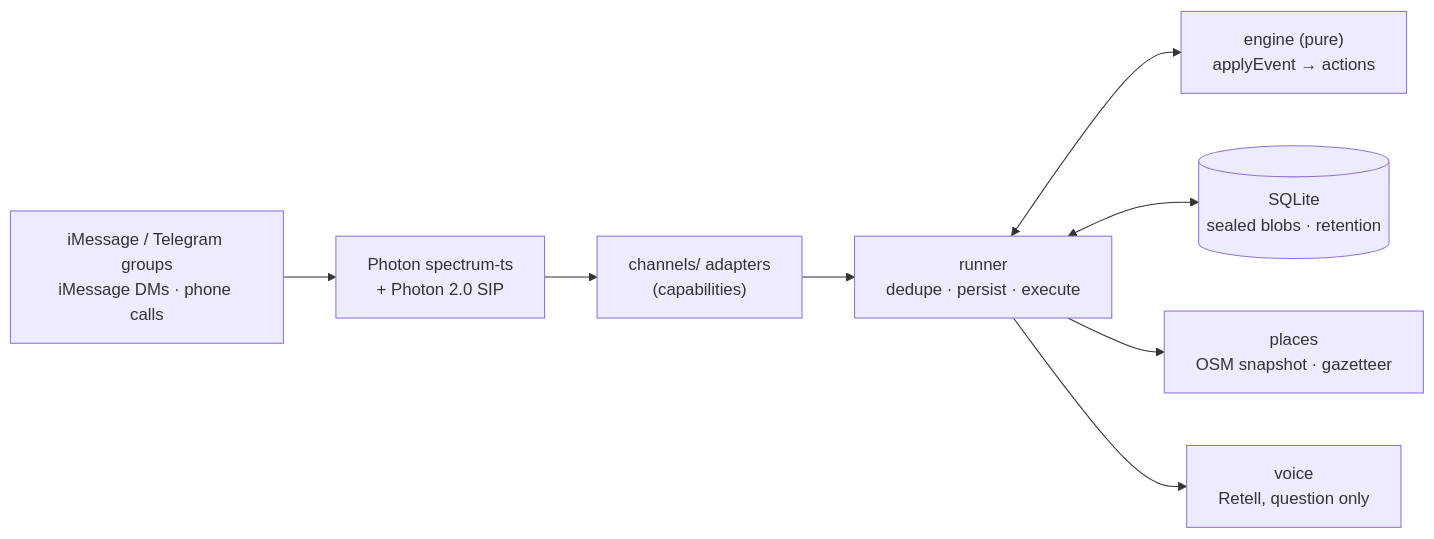
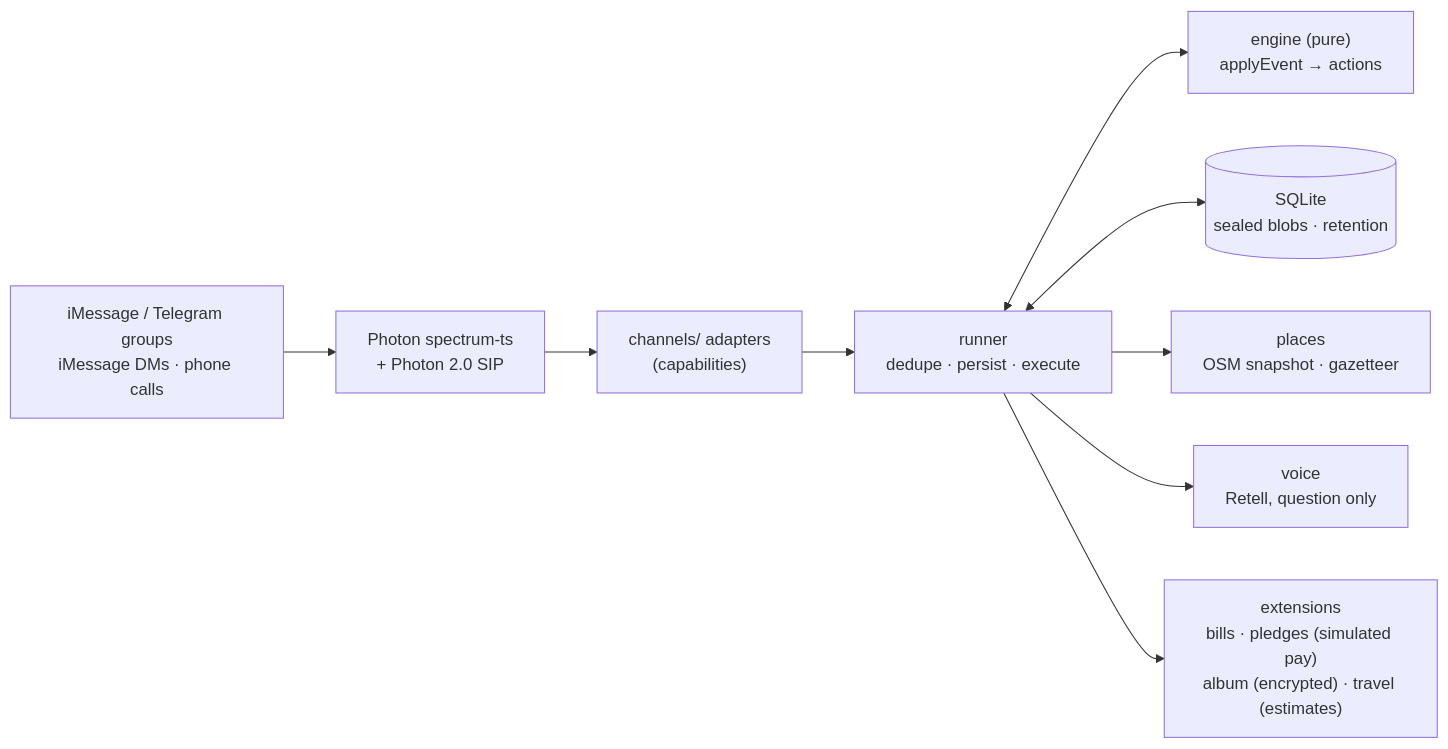
The diagram in README.md (ehabda05/wtw), drawn with Mermaid before and after one commit. The commit also changed other lines of this file and 263 other files, not shown here.

````diff
--- a/README.md
+++ b/README.md
@@ -140,10 +238,11 @@
 ```mermaid
 flowchart LR
   Chats["iMessage / Telegram groups<br/>iMessage DMs · phone calls"] --> Photon["Photon spectrum-ts<br/>+ Photon 2.0 SIP"]
   Photon --> Adapters["channels/ adapters<br/>(capabilities)"]
   Adapters --> Runner["runner<br/>dedupe · persist · execute"]
   Runner <--> Engine["engine (pure)<br/>applyEvent → actions"]
   Runner <--> DB[("SQLite<br/>sealed blobs · retention")]
   Runner --> Places["places<br/>OSM snapshot · gazetteer"]
   Runner --> Voice["voice<br/>Retell, question only"]
+  Runner --> Ext["extensions<br/>bills · pledges (simulated pay)<br/>album (encrypted) · travel (estimates)"]
 ```
````
